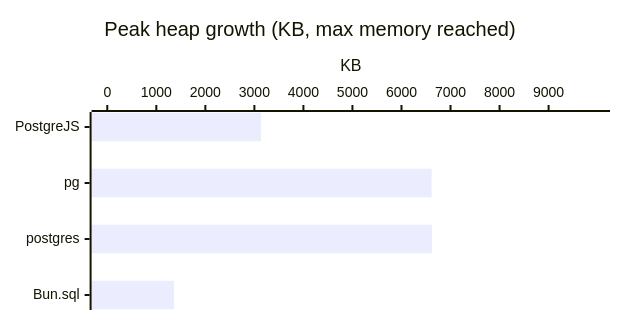
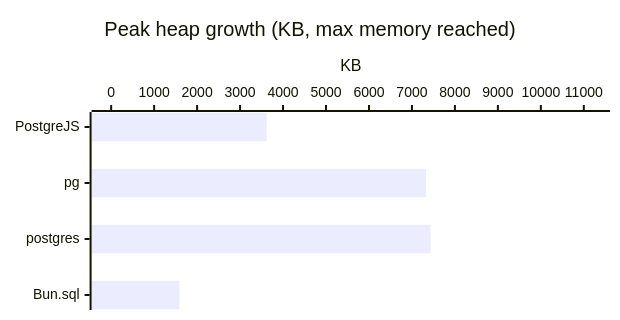
One commit to panates/postgrejs-doc changed the sixth of 56 diagrams in docs/getting-started/benchmarks-bun.md. Above: the diagram before and after it, drawn with Mermaid. The commit also changed other lines of this file and 24 other files, not shown here.

````diff
--- a/docs/getting-started/benchmarks-bun.md
+++ b/docs/getting-started/benchmarks-bun.md
@@ -193,8 +193,8 @@
 ```mermaid
 %%{init: {'xyChart': {'width': 600, 'height': 300, 'chartOrientation': 'horizontal'}}}%%
 xychart-beta
     title "Peak heap growth (KB, max memory reached)"
     x-axis ["PostgreJS", "pg", "postgres", "Bun.sql"]
-    y-axis "KB" 0.0000 --> 9932.7144
-    bar [3134.1035, 6615.0020, 6621.8096, 1359.2539]
+    y-axis "KB" 0.0000 --> 11153.8975
+    bar [3620.0840, 7329.3242, 7435.9316, 1591.4668]
 ```
````
